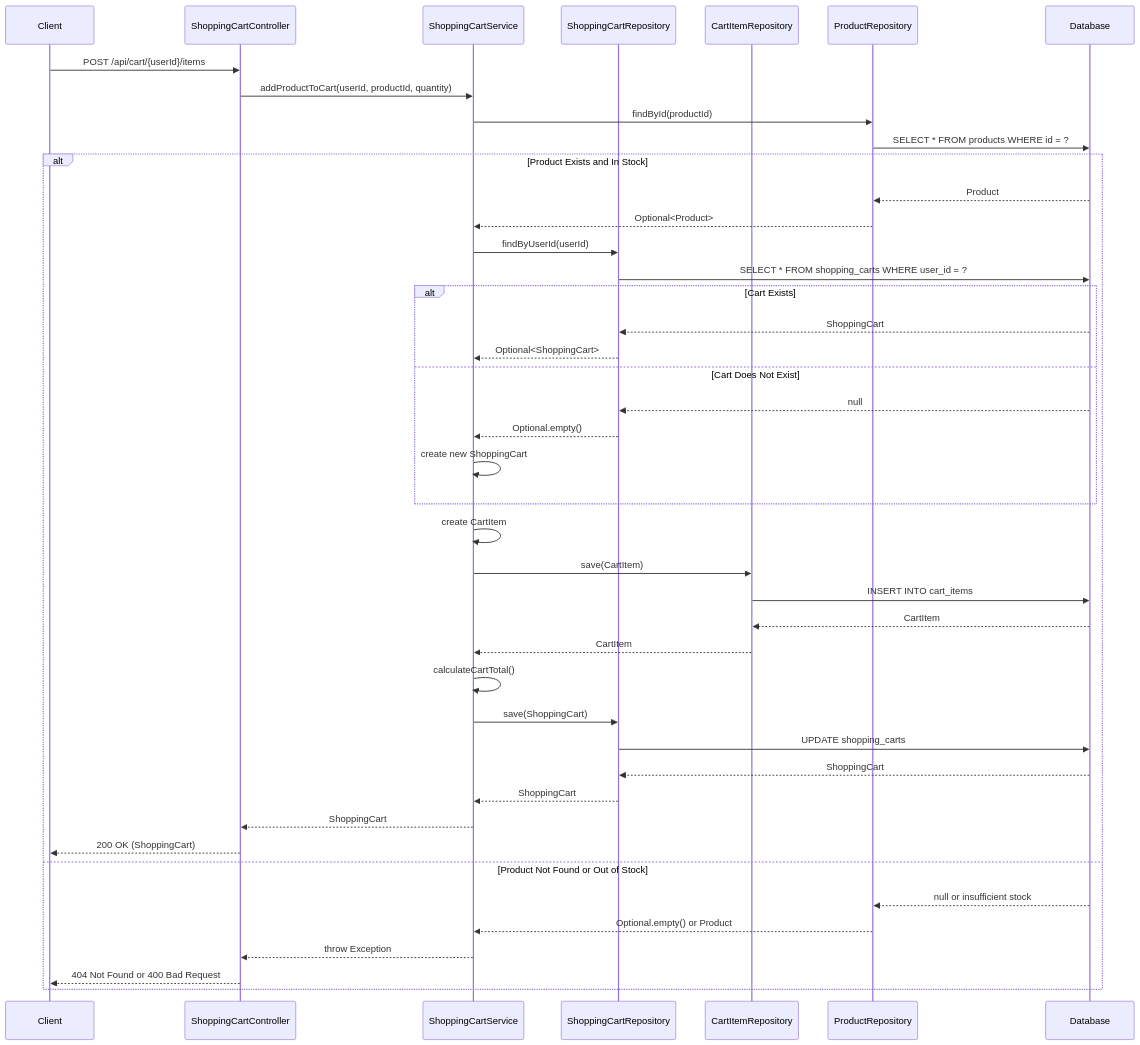
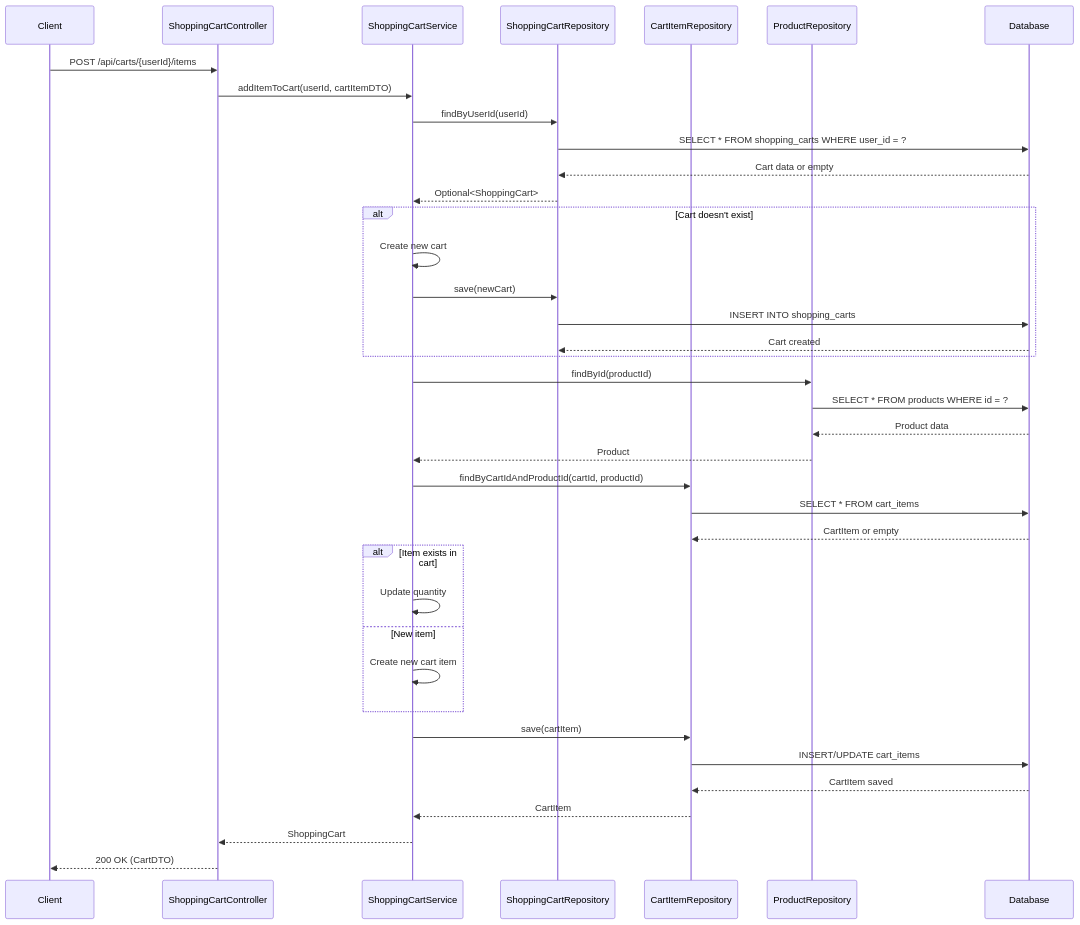
One commit to NavneetBN47/aava-ecom-demo changed the tenth of 13 diagrams in docs/LLD/modified_lld.md. Above: the diagram before and after it, drawn with Mermaid. The commit also changed other lines of this file, not shown here.

````diff
--- a/docs/LLD/modified_lld.md
+++ b/docs/LLD/modified_lld.md
@@ -388,49 +482,47 @@
 ```mermaid
 sequenceDiagram
     participant Client
     participant ShoppingCartController
     participant ShoppingCartService
     participant ShoppingCartRepository
     participant CartItemRepository
     participant ProductRepository
     participant Database
 
-    Client->>ShoppingCartController: POST /api/cart/{userId}/items
-    ShoppingCartController->>ShoppingCartService: addProductToCart(userId, productId, quantity)
+    Client->>ShoppingCartController: POST /api/carts/{userId}/items
+    ShoppingCartController->>ShoppingCartService: addItemToCart(userId, cartItemDTO)
+    ShoppingCartService->>ShoppingCartRepository: findByUserId(userId)
+    ShoppingCartRepository->>Database: SELECT * FROM shopping_carts WHERE user_id = ?
+    Database-->>ShoppingCartRepository: Cart data or empty
+    ShoppingCartRepository-->>ShoppingCartService: Optional<ShoppingCart>
+    
+    alt Cart doesn't exist
+        ShoppingCartService->>ShoppingCartService: Create new cart
+        ShoppingCartService->>ShoppingCartRepository: save(newCart)
+        ShoppingCartRepository->>Database: INSERT INTO shopping_carts
+        Database-->>ShoppingCartRepository: Cart created
+    end
+    
     ShoppingCartService->>ProductRepository: findById(productId)
     ProductRepository->>Database: SELECT * FROM products WHERE id = ?
+    Database-->>ProductRepository: Product data
+    ProductRepository-->>ShoppingCartService: Product
     
-    alt Product Exists and In Stock
-        Database-->>ProductRepository: Product
-        ProductRepository-->>ShoppingCartService: Optional<Product>
-        ShoppingCartService->>ShoppingCartRepository: findByUserId(userId)
-        ShoppingCartRepository->>Database: SELECT * FROM shopping_carts WHERE user_id = ?
-        
-        alt Cart Exists
-            Database-->>ShoppingCartRepository: ShoppingCart
-            ShoppingCartRepository-->>ShoppingCartService: Optional<ShoppingCart>
-        else Cart Does Not Exist
-            Database-->>ShoppingCartRepository: null
-            ShoppingCartRepository-->>ShoppingCartService: Optional.empty()
-            ShoppingCartService->>ShoppingCartService: create new ShoppingCart
-        end
-        
-        ShoppingCartService->>ShoppingCartService: create CartItem
-        ShoppingCartService->>CartItemRepository: save(CartItem)
-        CartItemRepository->>Database: INSERT INTO cart_items
-        Database-->>CartItemRepository: CartItem
-        CartItemRepository-->>ShoppingCartService: CartItem
-        ShoppingCartService->>ShoppingCartService: calculateCartTotal()
-        ShoppingCartService->>ShoppingCartRepository: save(ShoppingCart)
-        ShoppingCartRepository->>Database: UPDATE shopping_carts
-        Database-->>ShoppingCartRepository: ShoppingCart
-        ShoppingCartRepository-->>ShoppingCartService: ShoppingCart
-        ShoppingCartService-->>ShoppingCartController: ShoppingCart
-        ShoppingCartController-->>Client: 200 OK (ShoppingCart)
-    else Product Not Found or Out of Stock
-        Database-->>ProductRepository: null or insufficient stock
-        ProductRepository-->>ShoppingCartService: Optional.empty() or Product
-        ShoppingCartService-->>ShoppingCartController: throw Exception
-        ShoppingCartController-->>Client: 404 Not Found or 400 Bad Request
+    ShoppingCartService->>CartItemRepository: findByCartIdAndProductId(cartId, productId)
+    CartItemRepository->>Database: SELECT * FROM cart_items
+    Database-->>CartItemRepository: CartItem or empty
+    
+    alt Item exists in cart
+        ShoppingCartService->>ShoppingCartService: Update quantity
+    else New item
+        ShoppingCartService->>ShoppingCartService: Create new cart item
     end
+    
+    ShoppingCartService->>CartItemRepository: save(cartItem)
+    CartItemRepository->>Database: INSERT/UPDATE cart_items
+    Database-->>CartItemRepository: CartItem saved
+    CartItemRepository-->>ShoppingCartService: CartItem
+    
+    ShoppingCartService-->>ShoppingCartController: ShoppingCart
+    ShoppingCartController-->>Client: 200 OK (CartDTO)
 ```
````
